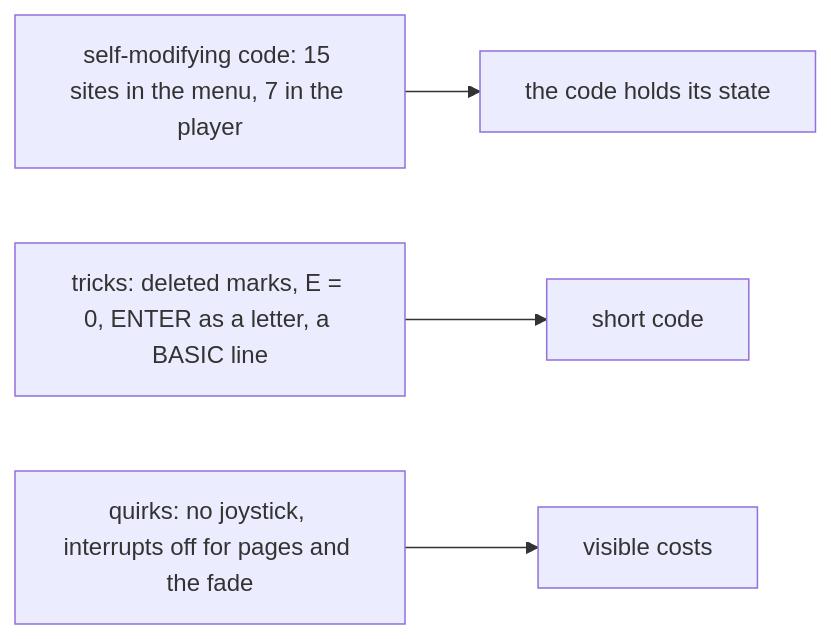
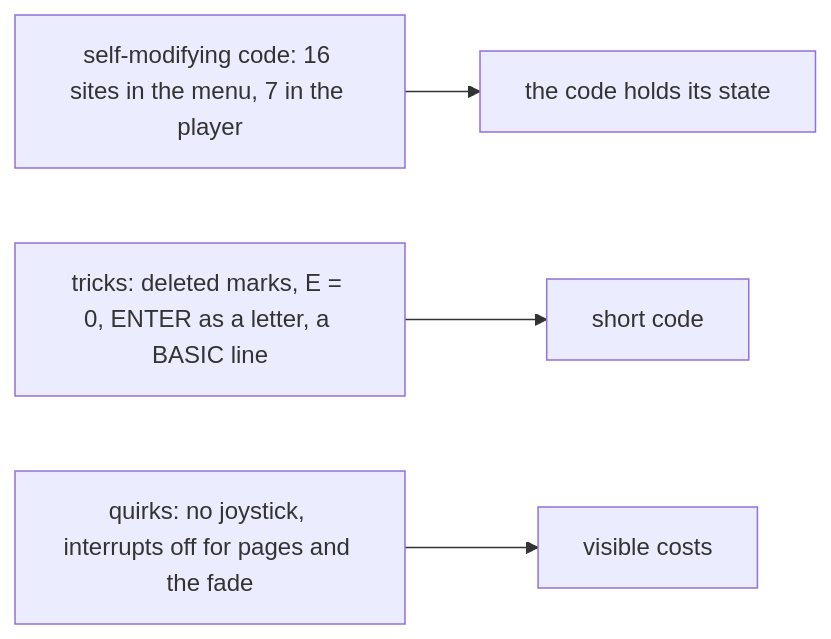
One commit to alfishe/unrealng-reverse-cases changed the seventh of 7 diagrams in software/zyx-boot/docs/10-launcher-and-notes.md. Above: the diagram before and after it, drawn with Mermaid. The commit also changed other lines of this file and 30 other files, not shown here.

````diff
--- a/software/zyx-boot/docs/10-launcher-and-notes.md
+++ b/software/zyx-boot/docs/10-launcher-and-notes.md
@@ -557,6 +558,6 @@
 ```mermaid
 flowchart LR
-    SMC["self-modifying code: 15 sites in the menu, 7 in the player"] --> W["the code holds its state"]
+    SMC["self-modifying code: 16 sites in the menu, 7 in the player"] --> W["the code holds its state"]
     TR["tricks: deleted marks, E = 0, ENTER as a letter, a BASIC line"] --> S["short code"]
     BQ["quirks: no joystick, interrupts off for pages and the fade"] --> C["visible costs"]
 ```
````
